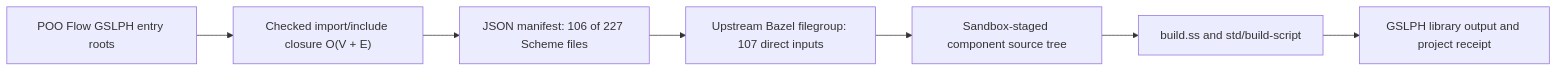
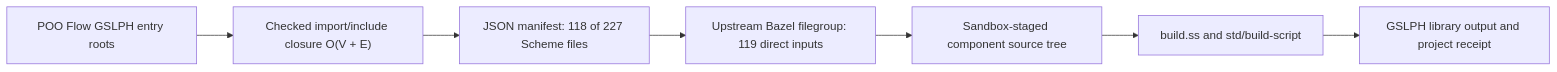
One commit to tao3k/poo-flow changed the third of 9 diagrams in docs/10-19-design/10.06-poo-module-system/147-adaptive-scheme-build-guard.org. Above: the diagram before and after it, drawn with Mermaid. The commit also changed other lines of this file and 2 other files, not shown here.

Commit message:
fix: include the GSLPH testing build closure

```diff
--- a/docs/10-19-design/10.06-poo-module-system/147-adaptive-scheme-build-guard.org
+++ b/docs/10-19-design/10.06-poo-module-system/147-adaptive-scheme-build-guard.org
@@ -443,9 +443,9 @@
 #+begin_src mermaid
 flowchart LR
   Roots["POO Flow GSLPH entry roots"] --> Closure["Checked import/include closure O(V + E)"]
-  Closure --> Manifest["JSON manifest: 106 of 227 Scheme files"]
-  Manifest --> Filegroup["Upstream Bazel filegroup: 107 direct inputs"]
+  Closure --> Manifest["JSON manifest: 118 of 227 Scheme files"]
+  Manifest --> Filegroup["Upstream Bazel filegroup: 119 direct inputs"]
   Filegroup --> Stage["Sandbox-staged component source tree"]
   Stage --> Build["build.ss and std/build-script"]
   Build --> Library["GSLPH library output and project receipt"]
 #+end_src
```
